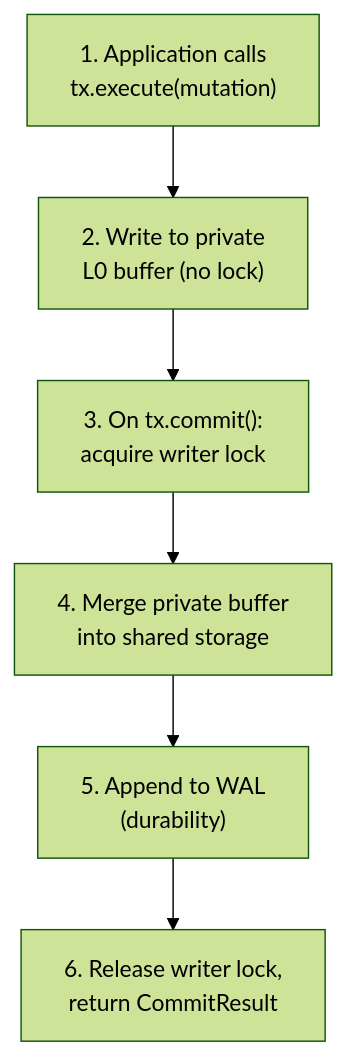
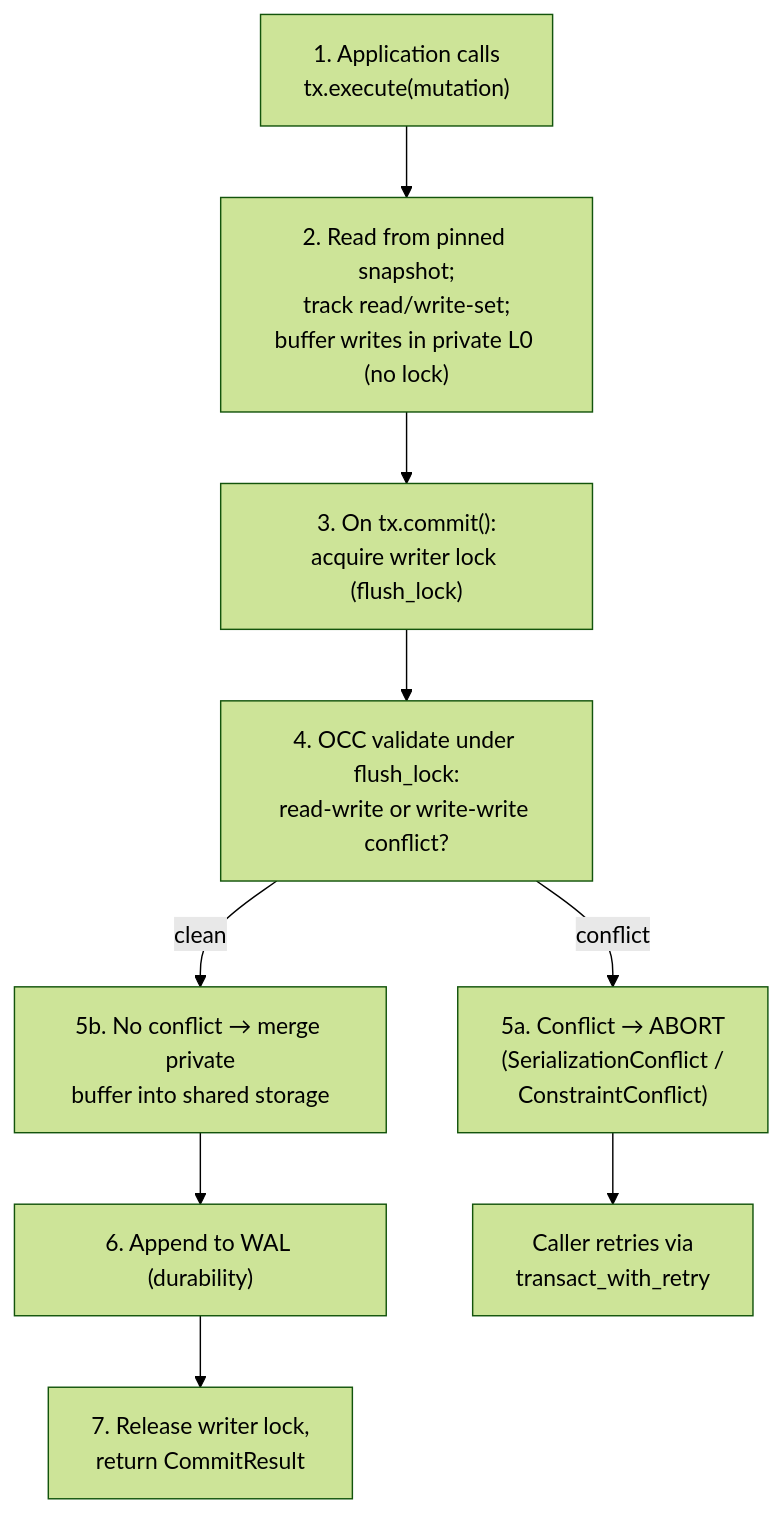
The second of 5 diagrams in website/docs/concepts/concurrency.md (milliondreams/uni-db), drawn with Mermaid (forest theme) before and after one commit. The commit also changed other lines of this file and 34 other files, not shown here.

````diff
--- a/website/docs/concepts/concurrency.md
+++ b/website/docs/concepts/concurrency.md
@@ -77,11 +77,16 @@
 ```mermaid
 flowchart TB
     A["1. Application calls<br/>tx.execute(mutation)"]
-    B["2. Write to private<br/>L0 buffer (no lock)"]
-    C["3. On tx.commit():<br/>acquire writer lock"]
-    D["4. Merge private buffer<br/>into shared storage"]
-    E["5. Append to WAL<br/>(durability)"]
-    F["6. Release writer lock,<br/>return CommitResult"]
+    B["2. Read from pinned snapshot;<br/>track read/write-set;<br/>buffer writes in private L0 (no lock)"]
+    C["3. On tx.commit():<br/>acquire writer lock (flush_lock)"]
+    D["4. OCC validate under flush_lock:<br/>read-write or write-write conflict?"]
+    E["5a. Conflict → ABORT<br/>(SerializationConflict /<br/>ConstraintConflict)"]
+    F["5b. No conflict → merge private<br/>buffer into shared storage"]
+    G["6. Append to WAL (durability)"]
+    H["7. Release writer lock,<br/>return CommitResult"]
+    R["Caller retries via<br/>transact_with_retry"]
 
-    A --> B --> C --> D --> E --> F
+    A --> B --> C --> D
+    D -->|conflict| E --> R
+    D -->|clean| F --> G --> H
 ```
````
